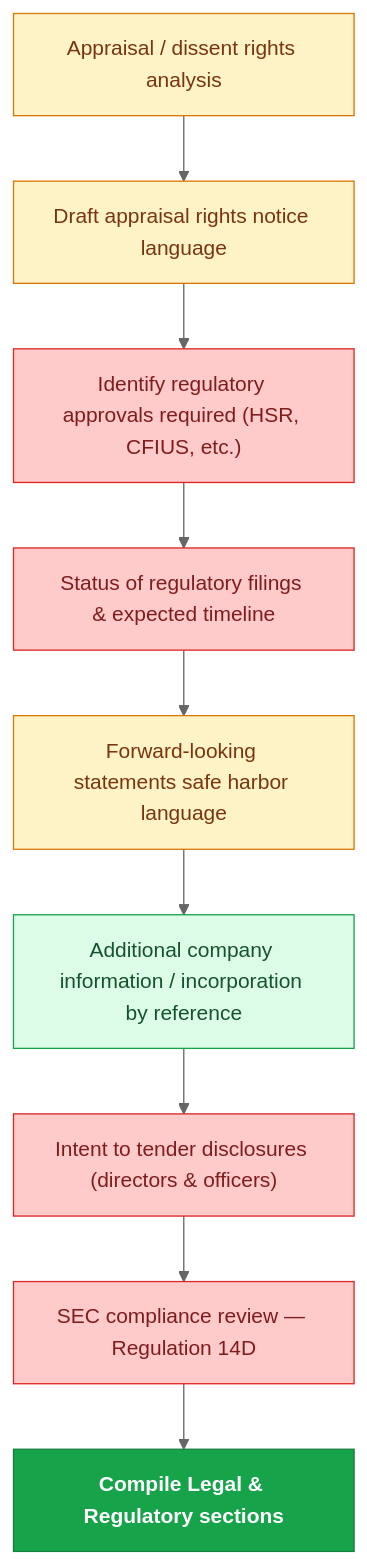
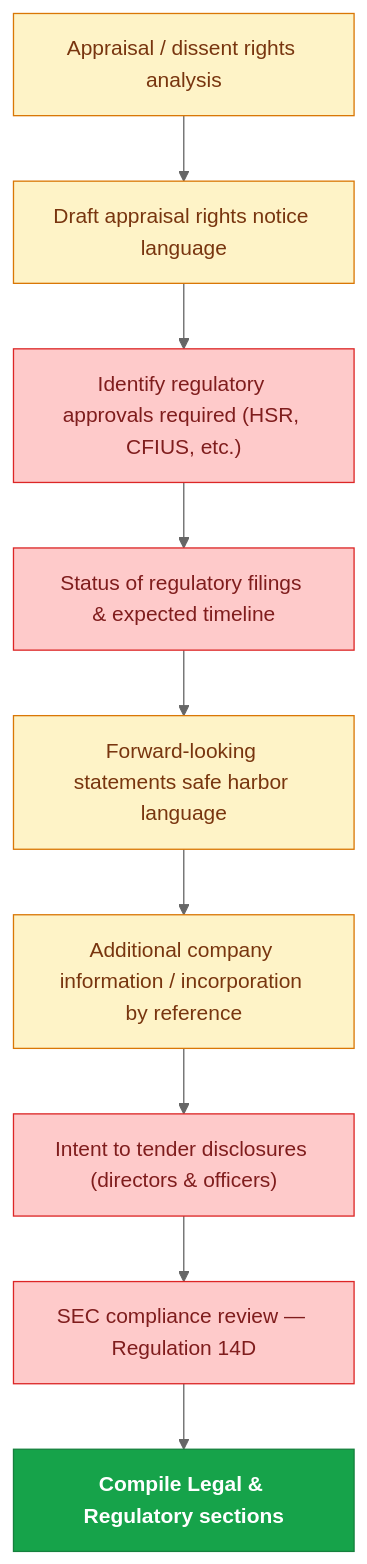
Before and after one commit to mrchanpark/14D-9: diagram 11 of 14 in README.md, drawn with Mermaid (neutral theme). The commit also changed other lines of this file and 2 other files, not shown here.

````diff
--- a/README.md
+++ b/README.md
@@ -246,15 +246,15 @@
 ```mermaid
 flowchart TD
   A["Appraisal / dissent rights analysis"]:::yel --> B["Draft appraisal rights notice language"]:::yel
   B --> C["Identify regulatory approvals required (HSR, CFIUS, etc.)"]:::red
   C --> D["Status of regulatory filings & expected timeline"]:::red
   D --> E["Forward-looking statements safe harbor language"]:::yel
-  E --> F["Additional company information / incorporation by reference"]:::grn
+  E --> F["Additional company information / incorporation by reference"]:::yel
   F --> G["Intent to tender disclosures (directors & officers)"]:::red
   G --> H["SEC compliance review — Regulation 14D"]:::red
   H --> I["Compile Legal & Regulatory sections"]:::grnC
   classDef red fill:#fecaca,stroke:#dc2626,color:#7f1d1d
   classDef yel fill:#fef3c7,stroke:#d97706,color:#78350f
   classDef grn fill:#dcfce7,stroke:#16a34a,color:#14532d
   classDef grnC fill:#16a34a,stroke:#15803d,color:#fff,font-weight:700
 ```
````
